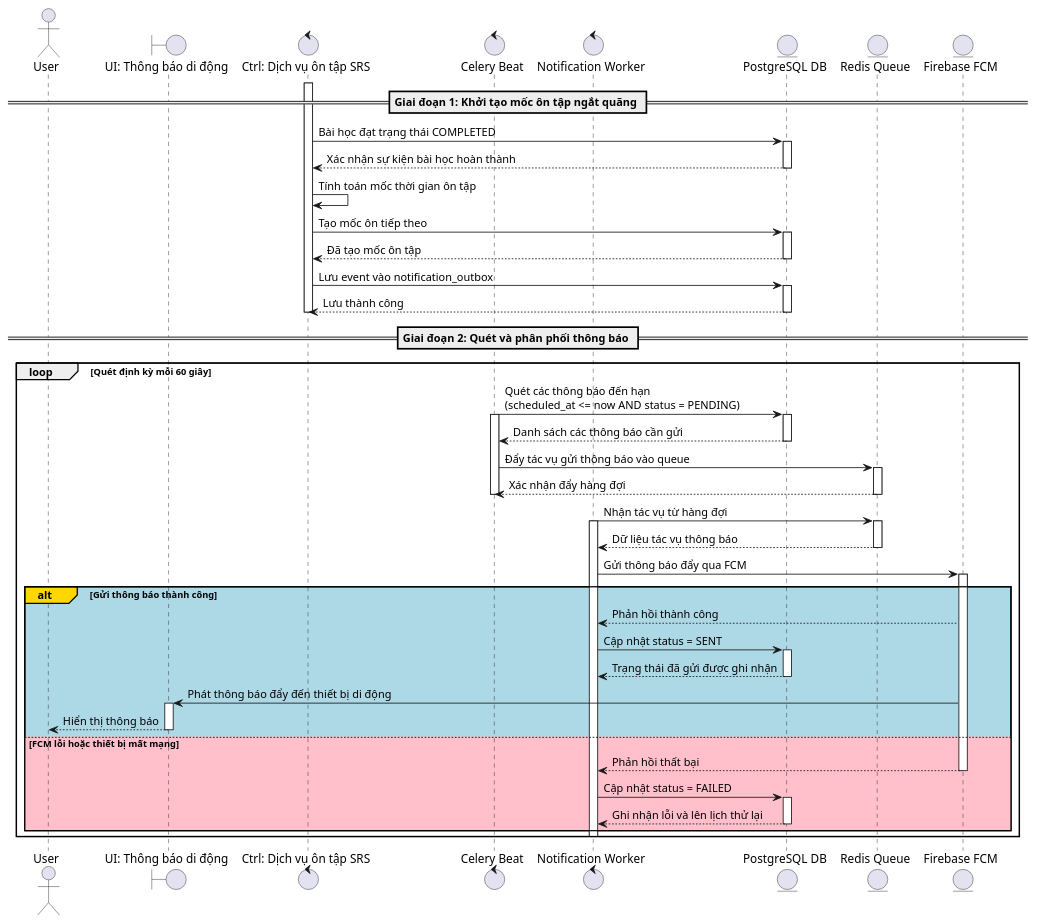
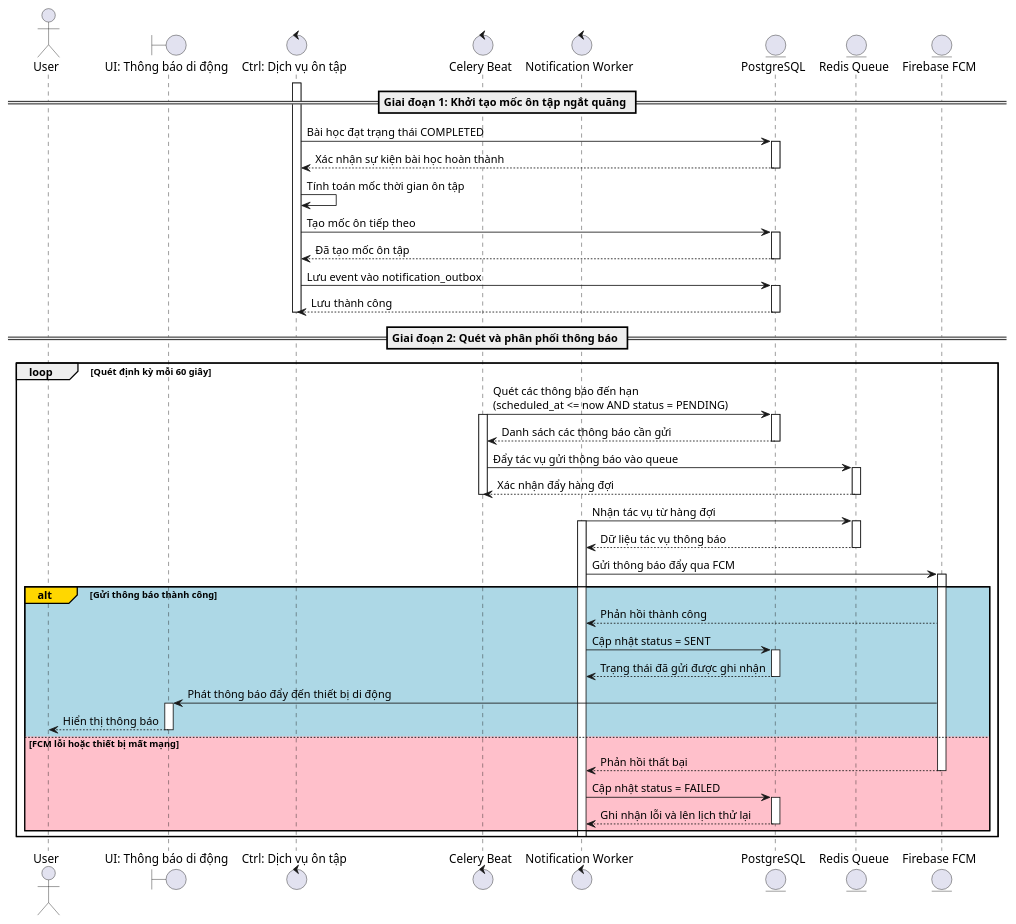
One commit to KhoaSinno/triam-backend changed the diagram in _docs_capstone/_dia/Sequence/UC004_SpacedRepetitionNotification.puml. Above: the diagram before and after it, drawn with PlantUML. The commit also changed 3 other files, not shown here.

```diff
--- a/_docs_capstone/_dia/Sequence/UC004_SpacedRepetitionNotification.puml
+++ b/_docs_capstone/_dia/Sequence/UC004_SpacedRepetitionNotification.puml
@@ -1,78 +1,78 @@
 @startuml SequenceSpacedRepetitionNotification
 
 actor "User" as user
 boundary "UI: Thông báo di động" as ui_mobile
-control "Ctrl: Dịch vụ ôn tập SRS" as ctrl_srs
+control "Ctrl: Dịch vụ ôn tập" as ctrl_srs
 control "Celery Beat" as beat
 control "Notification Worker" as worker
-entity "PostgreSQL DB" as db
+entity "PostgreSQL" as db
 entity "Redis Queue" as redis
 entity "Firebase FCM" as fcm
 
 activate ctrl_srs
 == Giai đoạn 1: Khởi tạo mốc ôn tập ngắt quãng ==
 ctrl_srs -> db: Bài học đạt trạng thái COMPLETED
 activate db
 db --> ctrl_srs: Xác nhận sự kiện bài học hoàn thành
 deactivate db
 
 ctrl_srs -> ctrl_srs: Tính toán mốc thời gian ôn tập
 ctrl_srs -> db: Tạo mốc ôn tiếp theo
 activate db
 db --> ctrl_srs: Đã tạo mốc ôn tập
 deactivate db
 
 ctrl_srs -> db: Lưu event vào notification_outbox
 activate db
 db --> ctrl_srs: Lưu thành công
 deactivate db
 deactivate ctrl_srs
 
 == Giai đoạn 2: Quét và phân phối thông báo ==
 loop Quét định kỳ mỗi 60 giây
     beat -> db: Quét các thông báo đến hạn\n(scheduled_at <= now AND status = PENDING)
     activate beat
     activate db
     db --> beat: Danh sách các thông báo cần gửi
     deactivate db
 
     beat -> redis: Đẩy tác vụ gửi thông báo vào queue
     activate redis
     redis --> beat: Xác nhận đẩy hàng đợi
     deactivate redis
     deactivate beat
 
     worker -> redis: Nhận tác vụ từ hàng đợi
     activate worker
     activate redis
     redis --> worker: Dữ liệu tác vụ thông báo
     deactivate redis
 
     worker -> fcm: Gửi thông báo đẩy qua FCM
     activate fcm
 
     alt#Gold #LightBlue Gửi thông báo thành công
         fcm --> worker: Phản hồi thành công
         worker -> db: Cập nhật status = SENT
         activate db
         db --> worker: Trạng thái đã gửi được ghi nhận
         deactivate db
 
         fcm -> ui_mobile: Phát thông báo đẩy đến thiết bị di động
         activate ui_mobile
         ui_mobile --> user: Hiển thị thông báo
         deactivate ui_mobile
     else #Pink FCM lỗi hoặc thiết bị mất mạng
         fcm --> worker: Phản hồi thất bại 
         deactivate fcm
         worker -> db: Cập nhật status = FAILED
         activate db
         db --> worker: Ghi nhận lỗi và lên lịch thử lại
         deactivate db
     end
     deactivate worker
 end
 
 deactivate user
 
 @enduml
```
